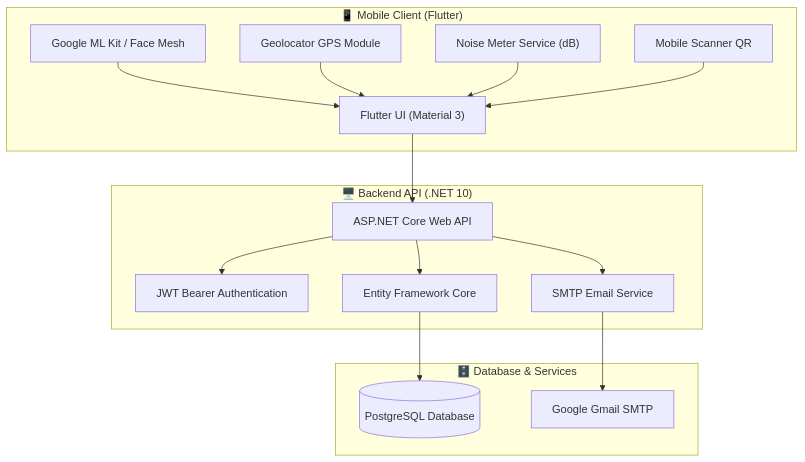
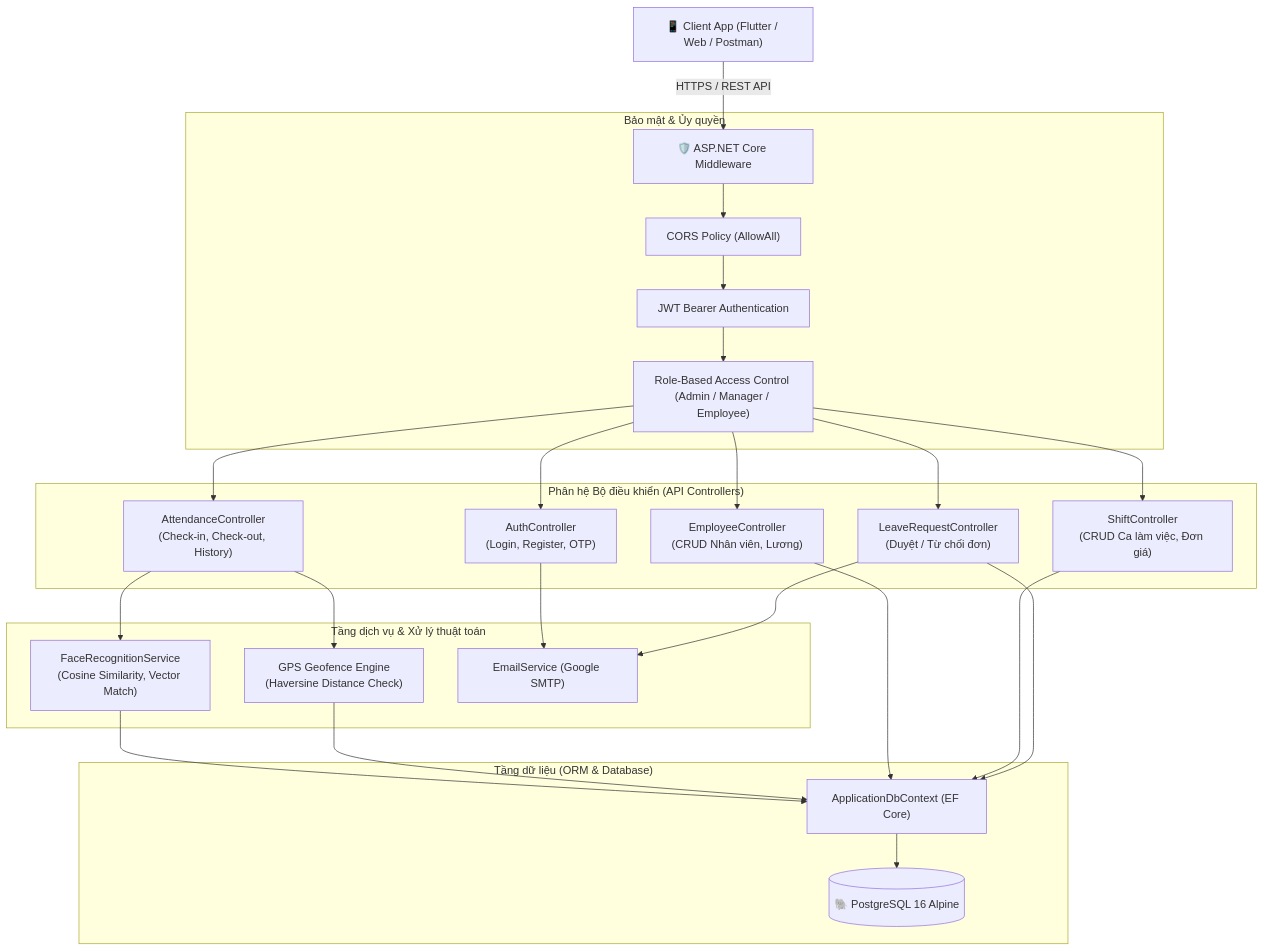
Before and after one commit to congnghip/LTDT: the diagram in README.md, drawn with Mermaid. The commit also changed other lines of this file and 152 other files, not shown here.

Commit message:
refactor: dedicate repository to Backend WebAPI, update README and uncouple Frontend

````diff
--- a/README.md
+++ b/README.md
@@ -119,33 +52,34 @@
 ```mermaid
 graph TD
-    subgraph Client["📱 Mobile Client (Flutter)"]
-        UI["Flutter UI (Material 3)"]
-        Face["Google ML Kit / Face Mesh"]
-        GPS["Geolocator GPS Module"]
-        Mic["Noise Meter Service (dB)"]
-        QR["Mobile Scanner QR"]
+    Client["📱 Client App (Flutter / Web / Postman)"] -->|HTTPS / REST API| Gateway["🛡️ ASP.NET Core Middleware"]
+    
+    subgraph Security["Bảo mật & Ủy quyền"]
+        Gateway --> CORS["CORS Policy (AllowAll)"]
+        CORS --> JWT["JWT Bearer Authentication"]
+        JWT --> RBAC["Role-Based Access Control (Admin / Manager / Employee)"]
     end
 
-    subgraph Server["🖥️ Backend API (.NET 10)"]
-        API["ASP.NET Core Web API"]
-        JWT["JWT Bearer Authentication"]
-        EF["Entity Framework Core"]
-        Email["SMTP Email Service"]
+    subgraph Controllers["Phân hệ Bộ điều khiển (API Controllers)"]
+        RBAC --> AuthCtrl["AuthController<br/>(Login, Register, OTP)"]
+        RBAC --> AttendCtrl["AttendanceController<br/>(Check-in, Check-out, History)"]
+        RBAC --> EmpCtrl["EmployeeController<br/>(CRUD Nhân viên, Lương)"]
+        RBAC --> ShiftCtrl["ShiftController<br/>(CRUD Ca làm việc, Đơn giá)"]
+        RBAC --> LeaveCtrl["LeaveRequestController<br/>(Duyệt / Từ chối đơn)"]
     end
 
-    subgraph Storage["🗄️ Database & Services"]
-        PG[("PostgreSQL Database")]
-        SMTP["Google Gmail SMTP"]
+    subgraph Services["Tầng dịch vụ & Xử lý thuật toán"]
+        AttendCtrl --> FaceService["FaceRecognitionService<br/>(Cosine Similarity, Vector Match)"]
+        AttendCtrl --> Haversine["GPS Geofence Engine<br/>(Haversine Distance Check)"]
+        AuthCtrl --> EmailSvc["EmailService (Google SMTP)"]
+        LeaveCtrl --> EmailSvc
     end
 
-    UI --> API
-    Face --> UI
-    GPS --> UI
-    Mic --> UI
-    QR --> UI
-    API --> JWT
-    API --> EF
-    API --> Email
-    EF --> PG
-    Email --> SMTP
+    subgraph DataAccess["Tầng dữ liệu (ORM & Database)"]
+        FaceService --> DbContext["ApplicationDbContext (EF Core)"]
+        Haversine --> DbContext
+        EmpCtrl --> DbContext
+        ShiftCtrl --> DbContext
+        LeaveCtrl --> DbContext
+        DbContext --> PG[("🐘 PostgreSQL 16 Alpine")]
+    end
 ```
````
